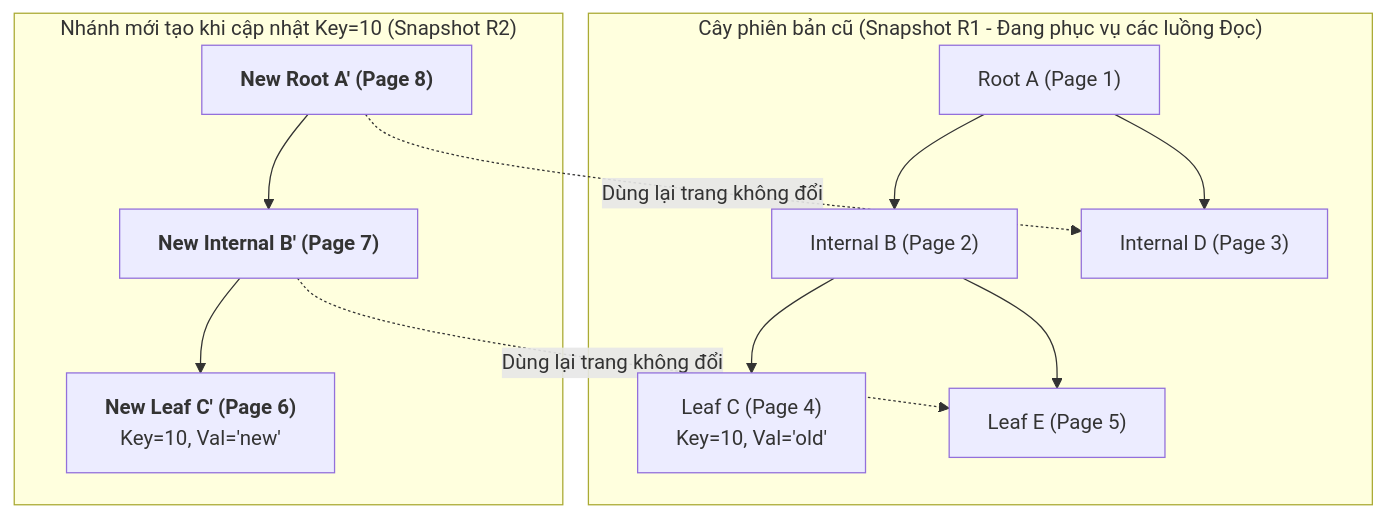
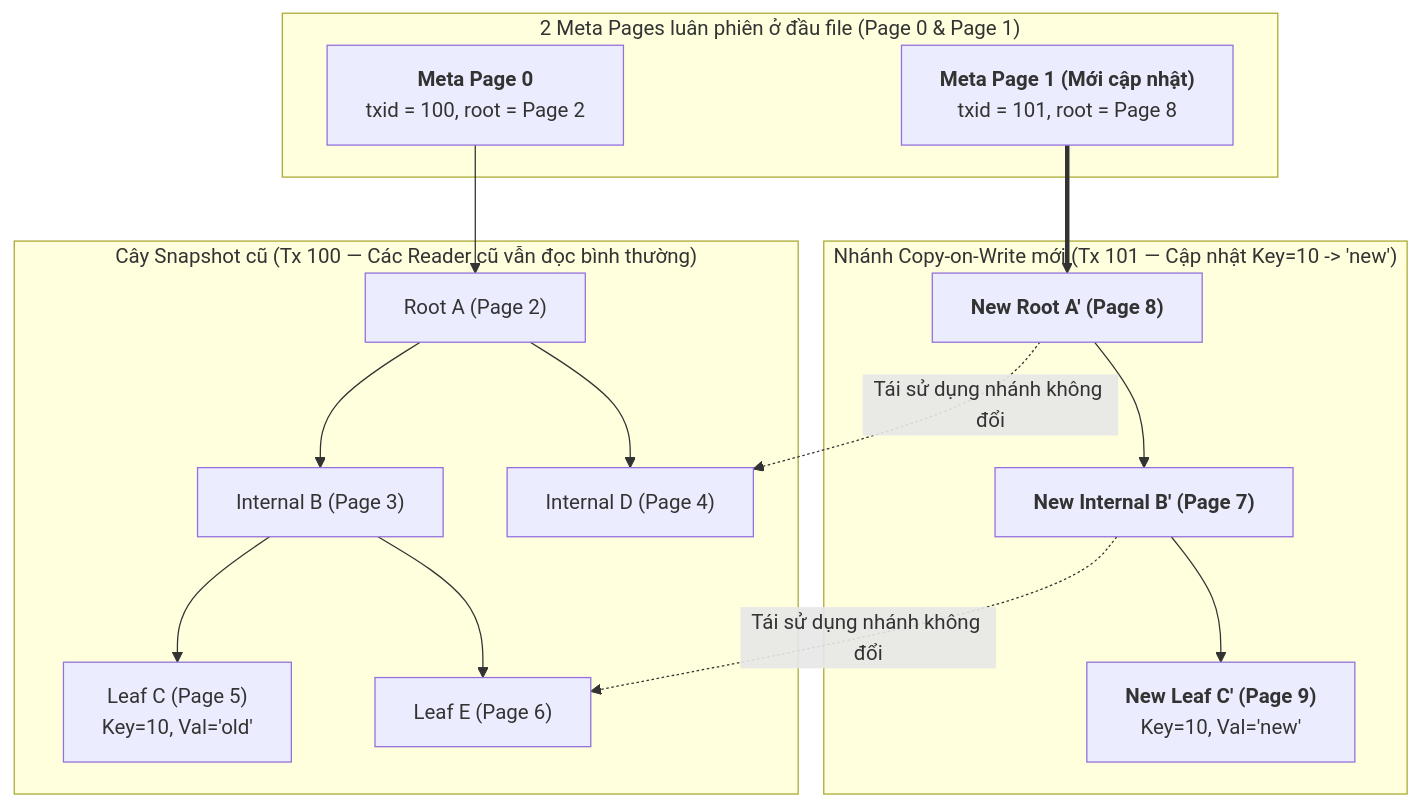
The first of 5 diagrams in docs/Database-Internals-Notes/database-internals-chapter6.vi.md (namaewanam/namaewanam.github.io), drawn with Mermaid before and after one commit. The commit also changed other lines of this file and 29 other files, not shown here.

````diff
--- a/docs/Database-Internals-Notes/database-internals-chapter6.vi.md
+++ b/docs/Database-Internals-Notes/database-internals-chapter6.vi.md
@@ -45,17 +53,24 @@
 ```mermaid
 flowchart TD
-    subgraph OldTree["Cây phiên bản cũ (Snapshot R1 - Đang phục vụ các luồng Đọc)"]
-        RootA["Root A (Page 1)"] --> IntB["Internal B (Page 2)"]
-        RootA --> IntD["Internal D (Page 3)"]
-        IntB --> LeafC["Leaf C (Page 4)<br/>Key=10, Val='old'"]
-        IntB --> LeafE["Leaf E (Page 5)"]
+    subgraph MetaPages["2 Meta Pages luân phiên ở đầu file (Page 0 & Page 1)"]
+        Meta0["<b>Meta Page 0</b><br/>txid = 100, root = Page 2"]
+        Meta1["<b>Meta Page 1 (Mới cập nhật)</b><br/>txid = 101, root = Page 8"]
     end
 
-    subgraph NewTree["Nhánh mới tạo khi cập nhật Key=10 (Snapshot R2)"]
-        RootA_New["<b>New Root A' (Page 8)</b>"] --> IntB_New["<b>New Internal B' (Page 7)</b>"]
-        IntB_New --> LeafC_New["<b>New Leaf C' (Page 6)</b><br/>Key=10, Val='new'"]
+    subgraph OldTree["Cây Snapshot cũ (Tx 100 — Các Reader cũ vẫn đọc bình thường)"]
+        RootA["Root A (Page 2)"] --> IntB["Internal B (Page 3)"]
+        RootA --> IntD["Internal D (Page 4)"]
+        IntB --> LeafC["Leaf C (Page 5)<br/>Key=10, Val='old'"]
+        IntB --> LeafE["Leaf E (Page 6)"]
     end
 
-    RootA_New -.->|"Dùng lại trang không đổi"| IntD
-    IntB_New -.->|"Dùng lại trang không đổi"| LeafE
+    subgraph NewTree["Nhánh Copy-on-Write mới (Tx 101 — Cập nhật Key=10 -> 'new')"]
+        RootA_New["<b>New Root A' (Page 8)</b>"] --> IntB_New["<b>New Internal B' (Page 7)</b>"]
+        IntB_New --> LeafC_New["<b>New Leaf C' (Page 9)</b><br/>Key=10, Val='new'"]
+    end
+
+    Meta0 --> RootA
+    Meta1 ==> RootA_New
+    RootA_New -.->|"Tái sử dụng nhánh không đổi"| IntD
+    IntB_New -.->|"Tái sử dụng nhánh không đổi"| LeafE
 ```
````
